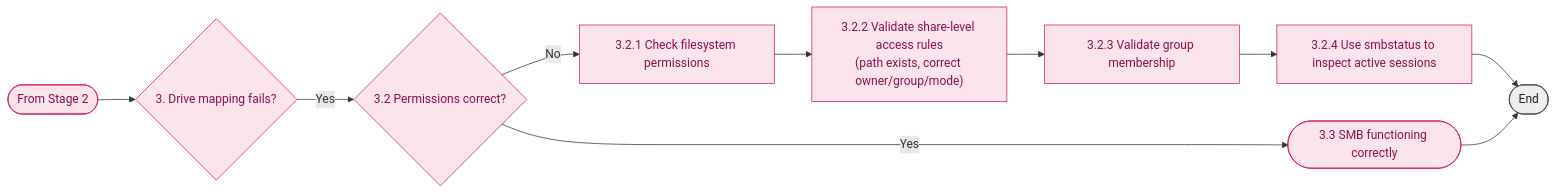
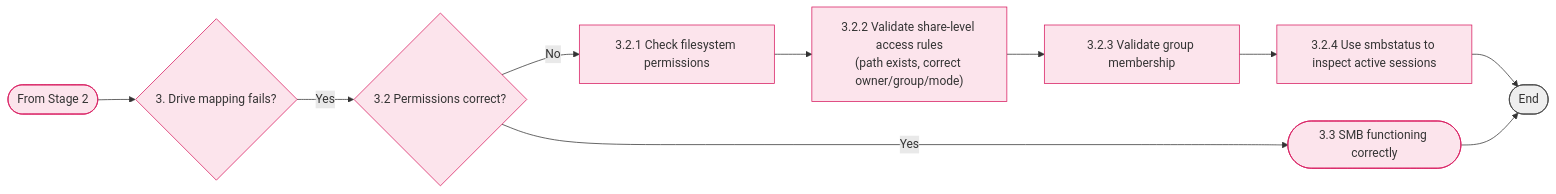
Before and after one commit to rikosintie/Haas_Data_collect: the first of 2 diagrams in docs/appendices/img/stage3.md, drawn with Mermaid. The commit also changed other lines of this file and 2 other files, not shown here.

Commit message:
Git Title: docs/appendices/img/stage1.md, stage2.md, stage3.md
Git Description:
Changed color of text to be easier to read

````diff
--- a/docs/appendices/img/stage3.md
+++ b/docs/appendices/img/stage3.md
@@ -1,27 +1,27 @@
 ```mermaid
 
 flowchart LR
 
-    classDef stage3 fill:#fce4ec,stroke:#d81b60,stroke-width:1px,color:#880e4f;
-    classDef terminal fill:#eeeeee,stroke:#424242,color:#212121;
+    classDef stage3 fill:#fce4ec,stroke:#d81b60,stroke-width:1px,color:#880e4f !important;
+    classDef terminal fill:#eeeeee,stroke:#424242,color:#212121 !important;
 
     A([From Stage 2]) --> B{3. Drive mapping fails?}
     class A,B stage3
 
     %% Permissions branch
     B -->|Yes| C{3.2 Permissions correct?}
     class C stage3
 
     C -->|No| D["3.2.1 Check filesystem permissions"]
     D --> E["3.2.2 Validate share-level access rules\n(path exists, correct owner/group/mode)"]
     E --> F["3.2.3 Validate group membership"]
     F --> G["3.2.4 Use smbstatus to inspect active sessions"]
     G --> Z([End])
     class D,E,F,G stage3
     class Z terminal
 
     %% Success
     C -->|Yes| H([3.3 SMB functioning correctly])
     H --> Z
     class H stage3
 ```
````
